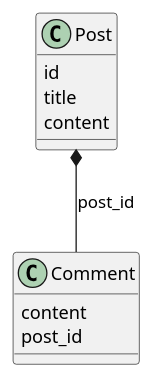
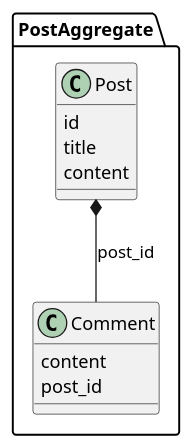
The diagram in postcommentexample.puml (chrshnv/jpoint-2026-spring-data-jdbc-demo), drawn with PlantUML before and after one commit. The commit also changed 1 other file, not shown here.

Commit message:
change graphs

```diff
--- a/postcommentexample.puml
+++ b/postcommentexample.puml
@@ -1,14 +1,16 @@
 @startuml
+namespace PostAggregate {
 class Post {
 	id
 	title
 	content
 }
 
 class Comment {
 	content
 	post_id
 }
 
 Post *-- Comment: post_id
+}
 @enduml
```
